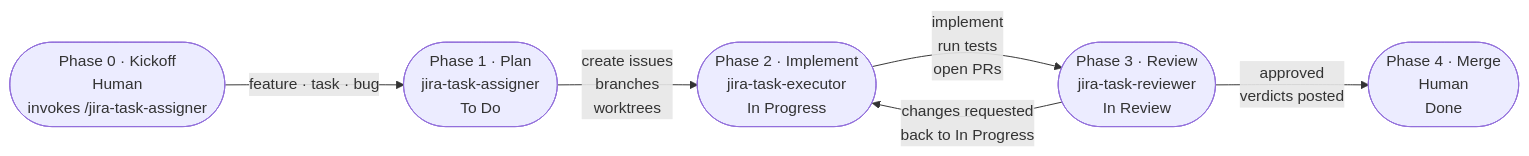
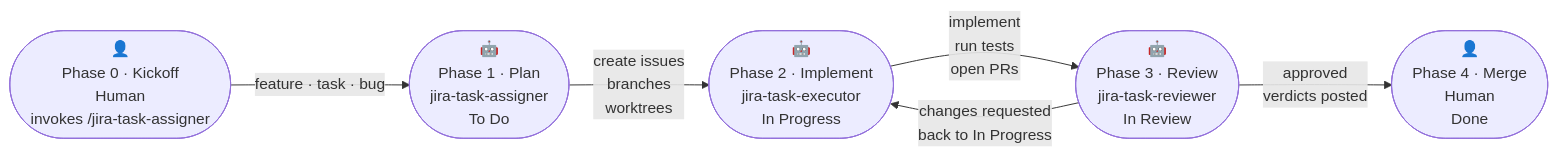
The diagram in README.md (kantorv/jira-sdlc-tools), drawn with Mermaid before and after one commit. The commit also changed 1 other file, not shown here.

Commit message:
JST-123 lifecycle chart: mark human phases 👤, agent phases 🤖
Add an actor icon to the top of each balloon in the cycle chart —
👤 on the human phases (Kickoff, Merge) and 🤖 on the agent phases
(Plan, Implement, Review). Applied in both the README and TASK-LIFECYCLE.md.

````diff
--- a/README.md
+++ b/README.md
@@ -47,8 +47,8 @@
 ```mermaid
 flowchart LR
-    Kickoff([Phase 0 · Kickoff<br/>Human<br/>invokes /jira-task-assigner]) -->|feature · task · bug| Plan
-    Plan([Phase 1 · Plan<br/>jira-task-assigner<br/>To Do]) -->|create issues<br/>branches<br/>worktrees| Execute([Phase 2 · Implement<br/>jira-task-executor<br/>In Progress])
-    Execute -->|implement<br/>run tests<br/>open PRs| Review([Phase 3 · Review<br/>jira-task-reviewer<br/>In Review])
+    Kickoff([👤<br/>Phase 0 · Kickoff<br/>Human<br/>invokes /jira-task-assigner]) -->|feature · task · bug| Plan
+    Plan([🤖<br/>Phase 1 · Plan<br/>jira-task-assigner<br/>To Do]) -->|create issues<br/>branches<br/>worktrees| Execute([🤖<br/>Phase 2 · Implement<br/>jira-task-executor<br/>In Progress])
+    Execute -->|implement<br/>run tests<br/>open PRs| Review([🤖<br/>Phase 3 · Review<br/>jira-task-reviewer<br/>In Review])
     Review -->|changes requested<br/>back to In Progress| Execute
-    Review -->|approved<br/>verdicts posted| Merge([Phase 4 · Merge<br/>Human<br/>Done])
+    Review -->|approved<br/>verdicts posted| Merge([👤<br/>Phase 4 · Merge<br/>Human<br/>Done])
 ```
````
